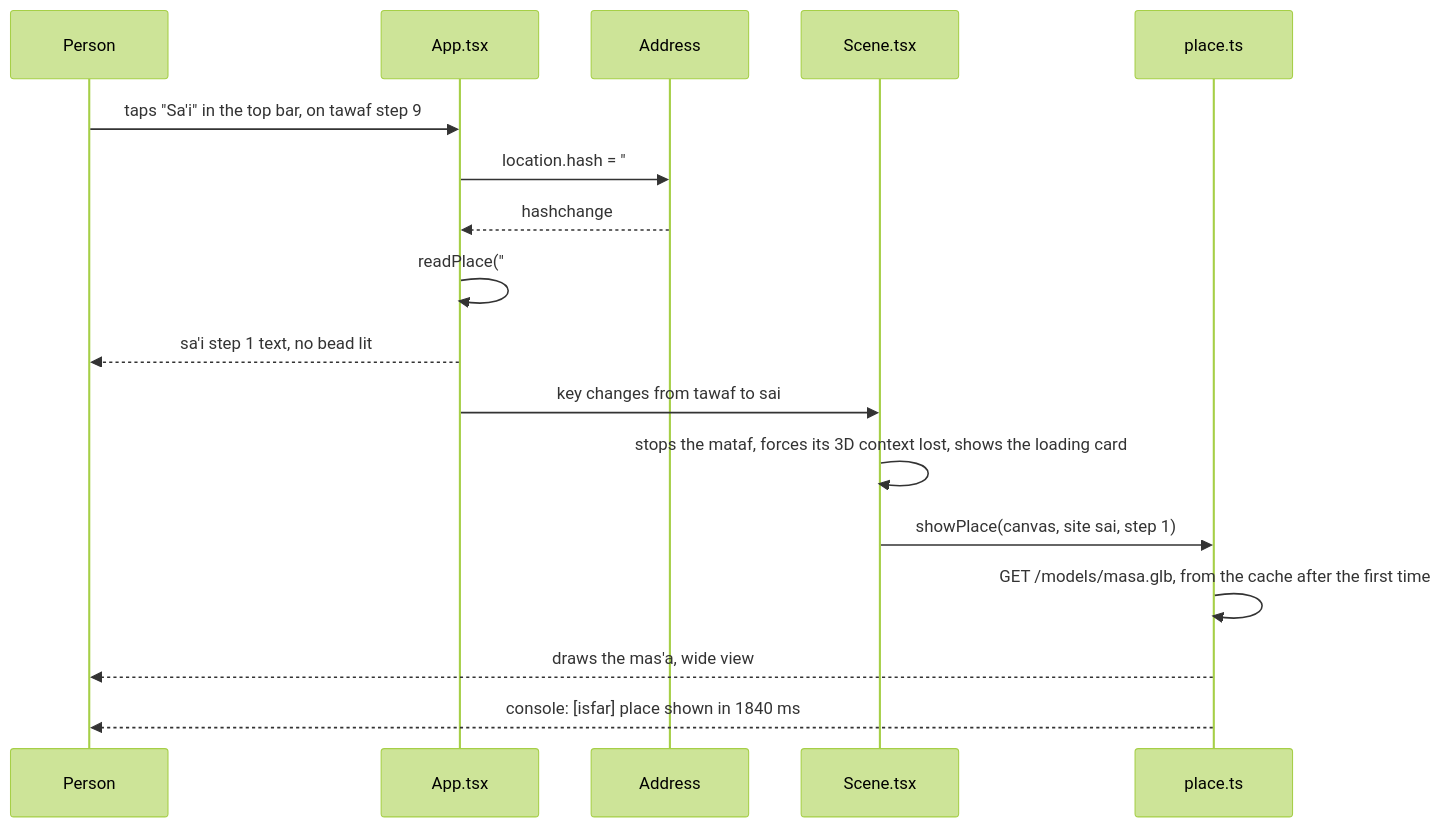
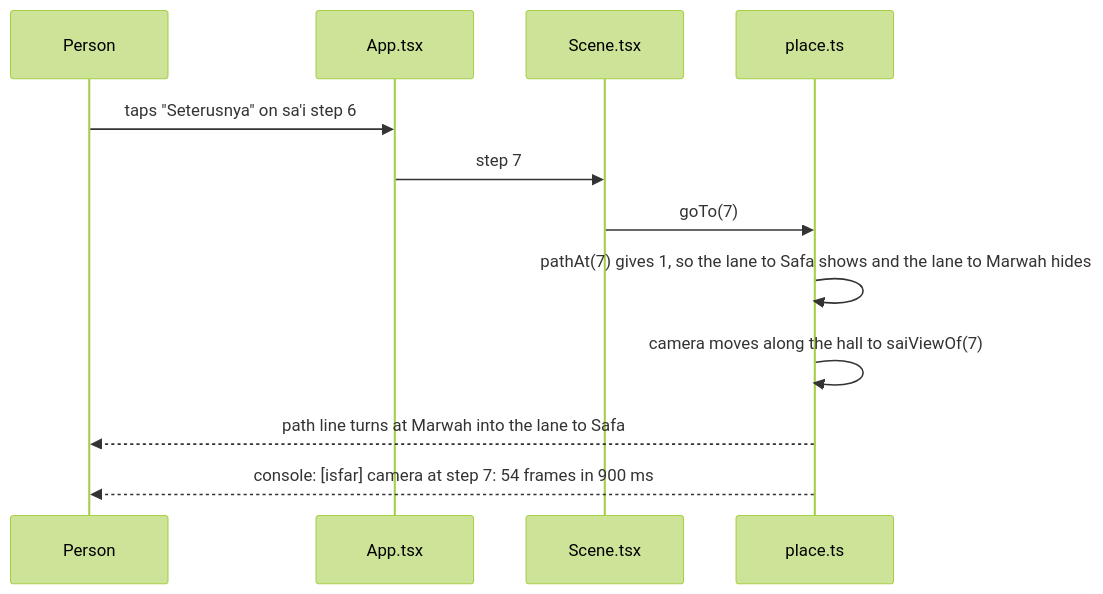
One commit to dzaffren/isfar changed the fourth of 4 diagrams in docs/specs/sai-walk.md. Above: the diagram before and after it, drawn with Mermaid (forest theme). The commit also changed other lines of this file and 21 other files, not shown here.

First line of the commit message:
fix(sai): show the two one-way lanes of the mas'a (#6)

````diff
--- a/docs/specs/sai-walk.md
+++ b/docs/specs/sai-walk.md
@@ -405,19 +216,14 @@
 ```mermaid
 sequenceDiagram
     participant U as Person
     participant A as App.tsx
-    participant H as Address
     participant S as Scene.tsx
     participant P as place.ts
-    U->>A: taps "Sa'i" in the top bar, on tawaf step 9
-    A->>H: location.hash = "#sai-1"
-    H-->>A: hashchange
-    A->>A: readPlace("#sai-1") gives sai, step 1
-    A-->>U: sa'i step 1 text, no bead lit
-    A->>S: key changes from tawaf to sai
-    S->>S: stops the mataf, forces its 3D context lost, shows the loading card
-    S->>P: showPlace(canvas, site sai, step 1)
-    P->>P: GET /models/masa.glb, from the cache after the first time
-    P-->>U: draws the mas'a, wide view
-    P-->>U: console: [isfar] place shown in 1840 ms
+    U->>A: taps "Seterusnya" on sa'i step 6
+    A->>S: step 7
+    S->>P: goTo(7)
+    P->>P: pathAt(7) gives 1, so the lane to Safa shows and the lane to Marwah hides
+    P->>P: camera moves along the hall to saiViewOf(7)
+    P-->>U: path line turns at Marwah into the lane to Safa
+    P-->>U: console: [isfar] camera at step 7: 54 frames in 900 ms
 ```
````
